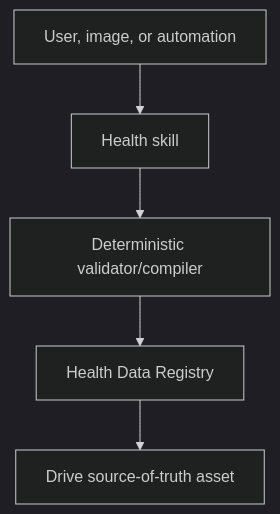
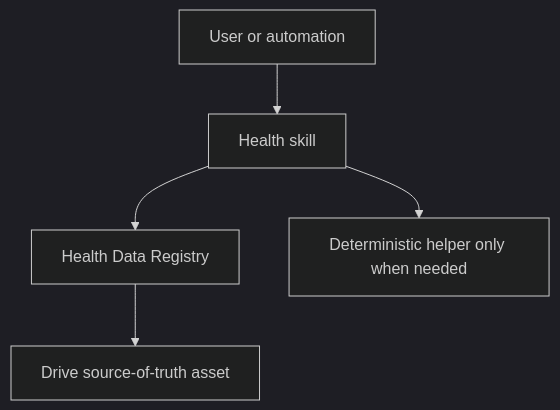
Before and after one commit to mozaa1288/health: the diagram in README.md, drawn with Mermaid (dark theme). The commit also changed other lines of this file, not shown here.

Commit message:
Document simplified health workflows

````diff
--- a/README.md
+++ b/README.md
@@ -34,7 +40,7 @@
 ```mermaid
 flowchart TD
-    A["User, image, or automation"] --> B["Health skill"]
-    B --> C["Deterministic validator/compiler"]
-    C --> D["Health Data Registry"]
-    D --> E["Drive source-of-truth asset"]
+    A["User or automation"] --> B["Health skill"]
+    B --> C["Health Data Registry"]
+    C --> D["Drive source-of-truth asset"]
+    B --> E["Deterministic helper only when needed"]
 ```
````
